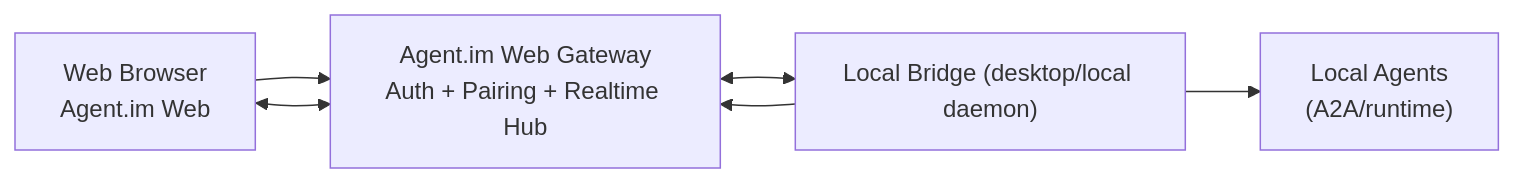
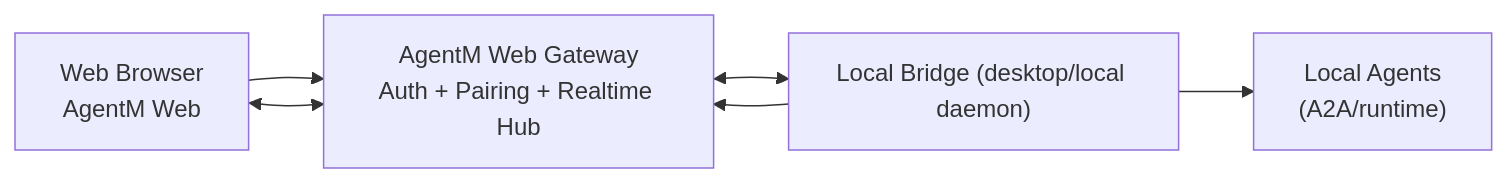
The first of 2 diagrams in apps/agentm/docs/web-entry/02-architecture.md (DaviRain-Su/gradience), drawn with Mermaid before and after one commit. The commit also changed other lines of this file and 79 other files, not shown here.

First line of the commit message:
chore: unify AgentM naming across repo and finalize web-entry status

````diff
--- a/apps/agentm/docs/web-entry/02-architecture.md
+++ b/apps/agentm/docs/web-entry/02-architecture.md
@@ -17,8 +17,8 @@
 ```mermaid
 flowchart LR
-    U["Web Browser<br/>Agent.im Web"] --> G["Agent.im Web Gateway<br/>Auth + Pairing + Realtime Hub"]
+    U["Web Browser<br/>AgentM Web"] --> G["AgentM Web Gateway<br/>Auth + Pairing + Realtime Hub"]
     B["Local Bridge (desktop/local daemon)"] --> G
     B --> A["Local Agents<br/>(A2A/runtime)"]
     U <--> G
     G <--> B
 ```
````
